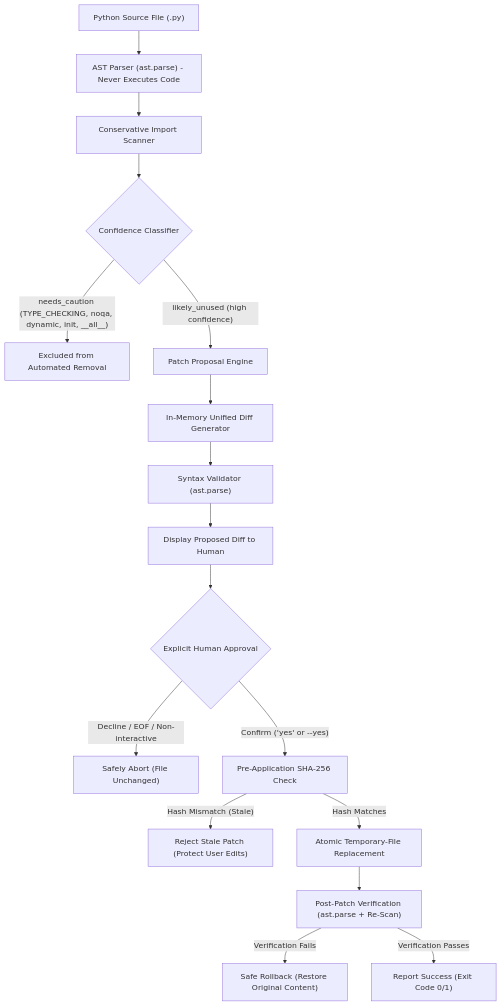
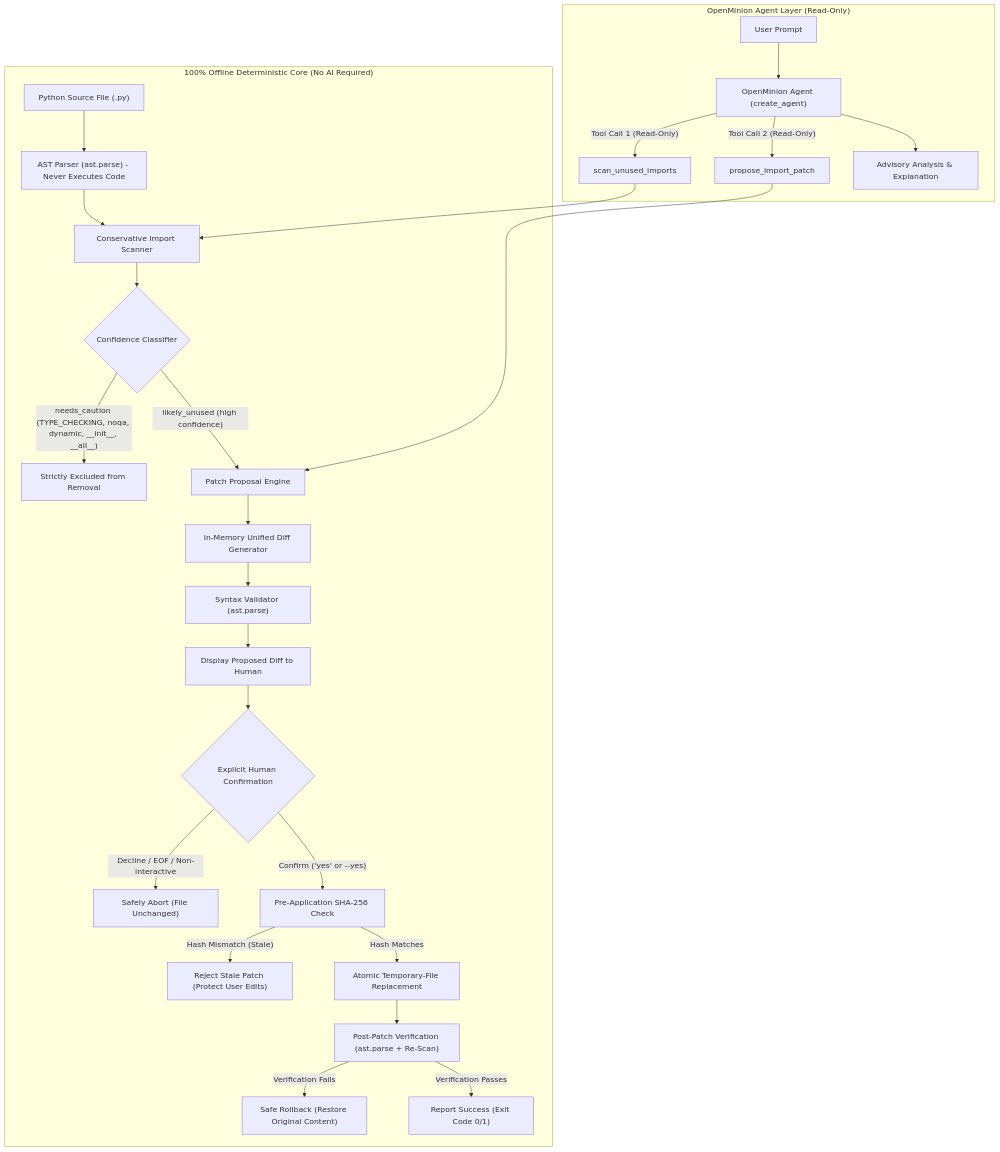
Before and after one commit to nk2271223-mech/MinionPatch: the diagram in README.md, drawn with Mermaid. The commit also changed other lines of this file and 9 other files, not shown here.

Commit message:
Build OpenMinion-powered MinionPatch agent

````diff
--- a/README.md
+++ b/README.md
@@ -10,24 +28,35 @@
 ```mermaid
 flowchart TD
-    A["Python Source File (.py)"] --> B["AST Parser (ast.parse) - Never Executes Code"]
-    B --> C["Conservative Import Scanner"]
-    C --> D{"Confidence Classifier"}
-    
-    D -->|"needs_caution (TYPE_CHECKING, noqa, dynamic, init, __all__)"| E["Excluded from Automated Removal"]
-    D -->|"likely_unused (high confidence)"| F["Patch Proposal Engine"]
-    
-    F --> G["In-Memory Unified Diff Generator"]
-    G --> H["Syntax Validator (ast.parse)"]
-    H --> I["Display Proposed Diff to Human"]
-    
-    I --> J{"Explicit Human Approval"}
-    J -->|"Decline / EOF / Non-interactive"| K["Safely Abort (File Unchanged)"]
-    J -->|"Confirm ('yes' or --yes)"| L["Pre-Application SHA-256 Check"]
-    
-    L -->|"Hash Mismatch (Stale)"| M["Reject Stale Patch (Protect User Edits)"]
-    L -->|"Hash Matches"| N["Atomic Temporary-File Replacement"]
-    
-    N --> O["Post-Patch Verification (ast.parse + Re-Scan)"]
-    O -->|"Verification Fails"| P["Safe Rollback (Restore Original Content)"]
-    O -->|"Verification Passes"| Q["Report Success (Exit Code 0/1)"]
+    subgraph Offline_Deterministic_Core ["100% Offline Deterministic Core (No AI Required)"]
+        A["Python Source File (.py)"] --> B["AST Parser (ast.parse) - Never Executes Code"]
+        B --> C["Conservative Import Scanner"]
+        C --> D{"Confidence Classifier"}
+
+        D -->|"needs_caution (TYPE_CHECKING, noqa, dynamic, __init__, __all__)"| E["Strictly Excluded from Removal"]
+        D -->|"likely_unused (high confidence)"| F["Patch Proposal Engine"]
+
+        F --> G["In-Memory Unified Diff Generator"]
+        G --> H["Syntax Validator (ast.parse)"]
+        H --> I["Display Proposed Diff to Human"]
+
+        I --> J{"Explicit Human Confirmation"}
+        J -->|"Decline / EOF / Non-interactive"| K["Safely Abort (File Unchanged)"]
+        J -->|"Confirm ('yes' or --yes)"| L["Pre-Application SHA-256 Check"]
+
+        L -->|"Hash Mismatch (Stale)"| M["Reject Stale Patch (Protect User Edits)"]
+        L -->|"Hash Matches"| N["Atomic Temporary-File Replacement"]
+
+        N --> O["Post-Patch Verification (ast.parse + Re-Scan)"]
+        O -->|"Verification Fails"| P["Safe Rollback (Restore Original Content)"]
+        O -->|"Verification Passes"| Q["Report Success (Exit Code 0/1)"]
+    end
+
+    subgraph OpenMinion_Agent_Layer ["OpenMinion Agent Layer (Read-Only)"]
+        R["User Prompt"] --> S["OpenMinion Agent (create_agent)"]
+        S -->|"Tool Call 1 (Read-Only)"| T["scan_unused_imports"]
+        S -->|"Tool Call 2 (Read-Only)"| U["propose_import_patch"]
+        T --> C
+        U --> F
+        S --> V["Advisory Analysis & Explanation"]
+    end
 ```
````
